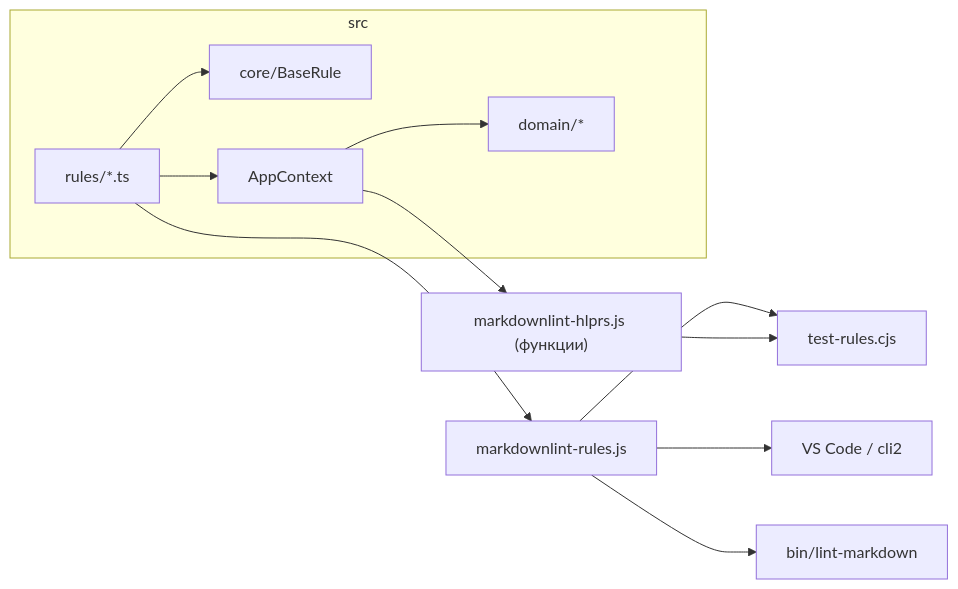
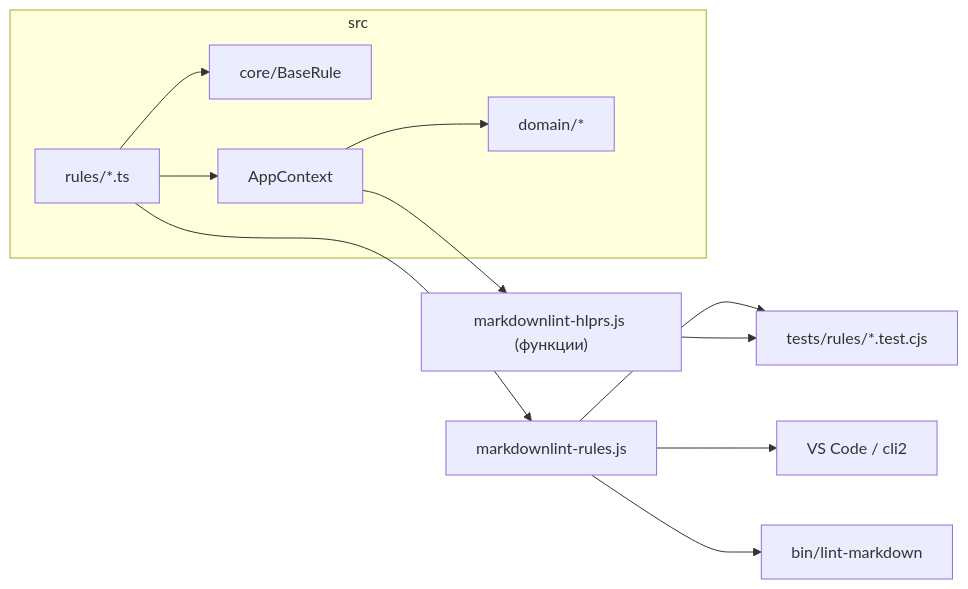
One commit to achieffment/markdownlint-custom changed the diagram in README.md. Above: the diagram before and after it, drawn with Mermaid. The commit also changed other lines of this file and 32 other files, not shown here.

First line of the commit message:
refactor: перенести тесты в tests/ и разбить test-rules.cjs по правилам

````diff
--- a/README.md
+++ b/README.md
@@ -111,18 +111,18 @@
 ```mermaid
 flowchart LR
   subgraph srcLayer [src]
     Rules[rules/*.ts]
     Domain[domain/*]
     Core[core/BaseRule]
     AppCtx[AppContext]
   end
   Rules --> Core
   Rules --> AppCtx
   AppCtx --> Domain
   Rules --> RulesJs[markdownlint-rules.js]
   AppCtx --> HlprsJs["markdownlint-hlprs.js (функции)"]
   RulesJs --> VSCode[VS Code / cli2]
-  RulesJs --> Tests[test-rules.cjs]
+  RulesJs --> Tests["tests/rules/*.test.cjs"]
   RulesJs --> CLI[bin/lint-markdown]
   HlprsJs --> Tests
 ```
````
